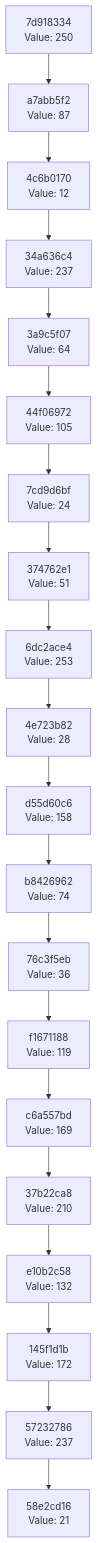
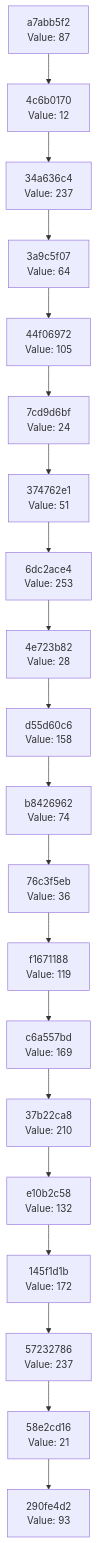
One commit to Abhisheksinha1506/hash-chain-evolver changed the diagram in docs/CHAIN_VISUALIZATION.md. Above: the diagram before and after it, drawn with Mermaid. The commit also changed 2 other files, not shown here.

Commit message:
Evolution step: hash 0x5D → action executed

````diff
--- a/docs/CHAIN_VISUALIZATION.md
+++ b/docs/CHAIN_VISUALIZATION.md
@@ -3,42 +3,42 @@
 ```mermaid
 graph TD
-    C0["58e2cd16<br/>Value: 21"]
-    C1["57232786<br/>Value: 237"]
+    C0["290fe4d2<br/>Value: 93"]
+    C1["58e2cd16<br/>Value: 21"]
     C1 --> C0
-    C2["145f1d1b<br/>Value: 172"]
+    C2["57232786<br/>Value: 237"]
     C2 --> C1
-    C3["e10b2c58<br/>Value: 132"]
+    C3["145f1d1b<br/>Value: 172"]
     C3 --> C2
-    C4["37b22ca8<br/>Value: 210"]
+    C4["e10b2c58<br/>Value: 132"]
     C4 --> C3
-    C5["c6a557bd<br/>Value: 169"]
+    C5["37b22ca8<br/>Value: 210"]
     C5 --> C4
-    C6["f1671188<br/>Value: 119"]
+    C6["c6a557bd<br/>Value: 169"]
     C6 --> C5
-    C7["76c3f5eb<br/>Value: 36"]
+    C7["f1671188<br/>Value: 119"]
     C7 --> C6
-    C8["b8426962<br/>Value: 74"]
+    C8["76c3f5eb<br/>Value: 36"]
     C8 --> C7
-    C9["d55d60c6<br/>Value: 158"]
+    C9["b8426962<br/>Value: 74"]
     C9 --> C8
-    C10["4e723b82<br/>Value: 28"]
+    C10["d55d60c6<br/>Value: 158"]
     C10 --> C9
-    C11["6dc2ace4<br/>Value: 253"]
+    C11["4e723b82<br/>Value: 28"]
     C11 --> C10
-    C12["374762e1<br/>Value: 51"]
+    C12["6dc2ace4<br/>Value: 253"]
     C12 --> C11
-    C13["7cd9d6bf<br/>Value: 24"]
+    C13["374762e1<br/>Value: 51"]
     C13 --> C12
-    C14["44f06972<br/>Value: 105"]
+    C14["7cd9d6bf<br/>Value: 24"]
     C14 --> C13
-    C15["3a9c5f07<br/>Value: 64"]
+    C15["44f06972<br/>Value: 105"]
     C15 --> C14
-    C16["34a636c4<br/>Value: 237"]
+    C16["3a9c5f07<br/>Value: 64"]
     C16 --> C15
-    C17["4c6b0170<br/>Value: 12"]
+    C17["34a636c4<br/>Value: 237"]
     C17 --> C16
-    C18["a7abb5f2<br/>Value: 87"]
+    C18["4c6b0170<br/>Value: 12"]
     C18 --> C17
-    C19["7d918334<br/>Value: 250"]
+    C19["a7abb5f2<br/>Value: 87"]
     C19 --> C18
 ```
````
